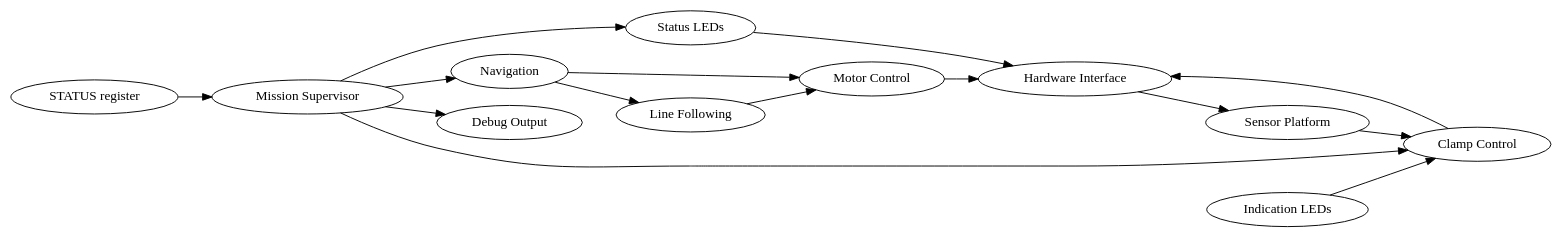
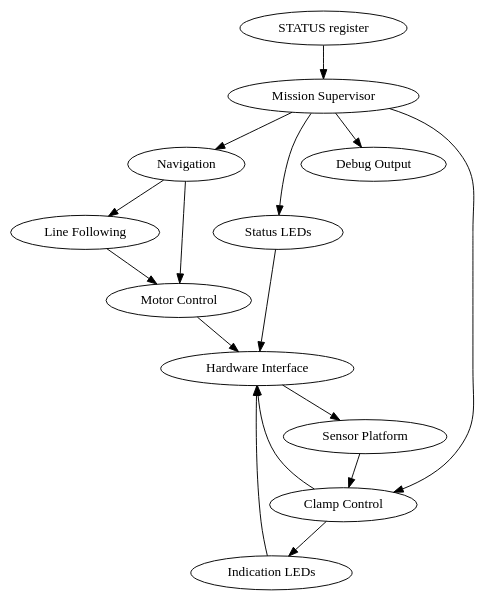
The diagram in misc/layout.dot (adamgreig/IDP), drawn with Graphviz before and after one commit. The commit also changed 1 other file, not shown here.

```diff
--- a/misc/layout.dot
+++ b/misc/layout.dot
@@ -1,17 +1,17 @@
 digraph layout {
-    rankdir=LR;
     "STATUS register" -> "Mission Supervisor";
     "Mission Supervisor" -> "Navigation";
     "Navigation" -> "Line Following";
     "Line Following" -> "Motor Control";
     "Navigation" -> "Motor Control";
     "Mission Supervisor" -> "Clamp Control";
     "Mission Supervisor" -> "Debug Output";
     "Mission Supervisor" -> "Status LEDs";
     "Motor Control" -> "Hardware Interface";
     "Sensor Platform" -> "Clamp Control";
-    "Indication LEDs" -> "Clamp Control";
+    "Clamp Control" -> "Indication LEDs";
+    "Indication LEDs" -> "Hardware Interface";
     "Clamp Control" -> "Hardware Interface";
     "Status LEDs" -> "Hardware Interface";
     "Hardware Interface" -> "Sensor Platform";
 }
```
